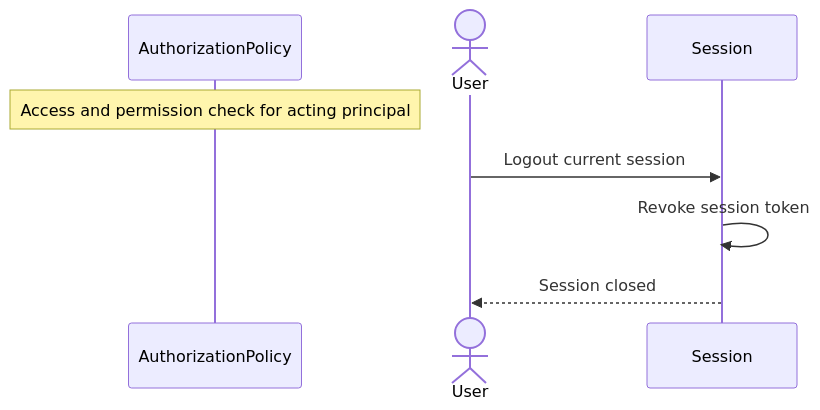
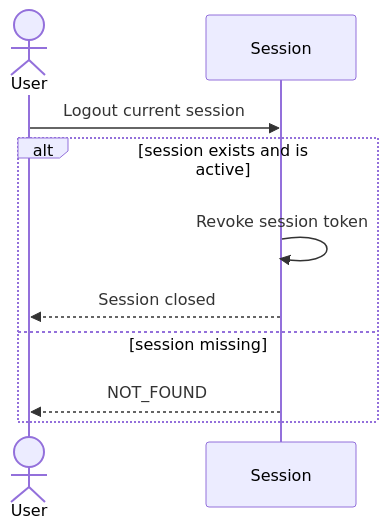
The third of 7 diagrams in architecture/sequence-diagrams/01-auth-profile.md (ChidiRnweke/margin), drawn with Mermaid before and after one commit. The commit also changed other lines of this file and 12 other files, not shown here.

Commit message:
Enhance sequence diagrams and introduce traceability matrix

````diff
--- a/architecture/sequence-diagrams/01-auth-profile.md
+++ b/architecture/sequence-diagrams/01-auth-profile.md
@@ -38,10 +49,12 @@
 ```mermaid
 sequenceDiagram
-    participant G as AuthorizationPolicy
-    Note over G: Access and permission check for acting principal
     actor U as User
     participant S as Session
     U->>S: Logout current session
-    S->>S: Revoke session token
-    S-->>U: Session closed
+    alt session exists and is active
+        S->>S: Revoke session token
+        S-->>U: Session closed
+    else session missing
+        S-->>U: NOT_FOUND
+    end
 ```
````
